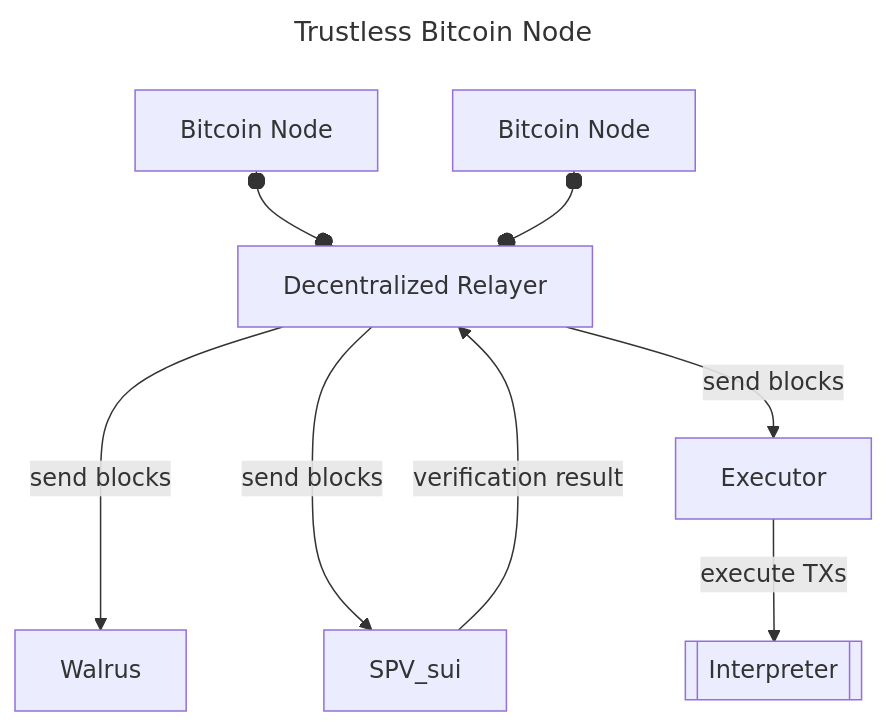
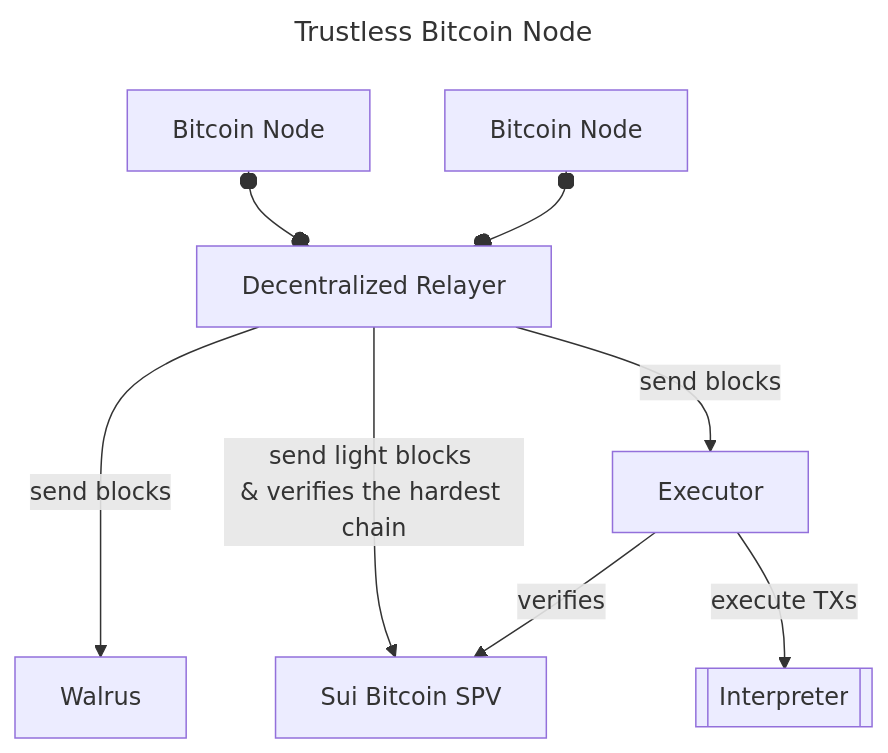
Before and after one commit to gonative-cc/sui-native: the second of 3 diagrams in bitcoin_executor/README.md, drawn with Mermaid.

Commit message:
Update Trustless Bitcoin Node

````diff
--- a/bitcoin_executor/README.md
+++ b/bitcoin_executor/README.md
@@ -54,14 +54,13 @@
 ```mermaid
 ---
 title: Trustless Bitcoin Node
 ---
 flowchart
     Bitcoin1[Bitcoin Node] o--o Relayer[Decentralized Relayer]
     Bitcoin2[Bitcoin Node] o--o Relayer[Decentralized Relayer]
     Relayer -- send blocks ---> Walrus
-    Relayer -- send blocks ---> SPV_sui
-    SPV_sui -- verification result --> Relayer
-    Relayer -- send blocks --> Executor
-
+    Relayer -- "send light blocks <br>& verifies the hardest chain" ---> SPV[Sui Bitcoin SPV]
+    Relayer -- send blocks --> Executor        
     Executor -- execute TXs --> Interpreter[[Interpreter]]
+    Executor -- verifies --> SPV
 ```
````
